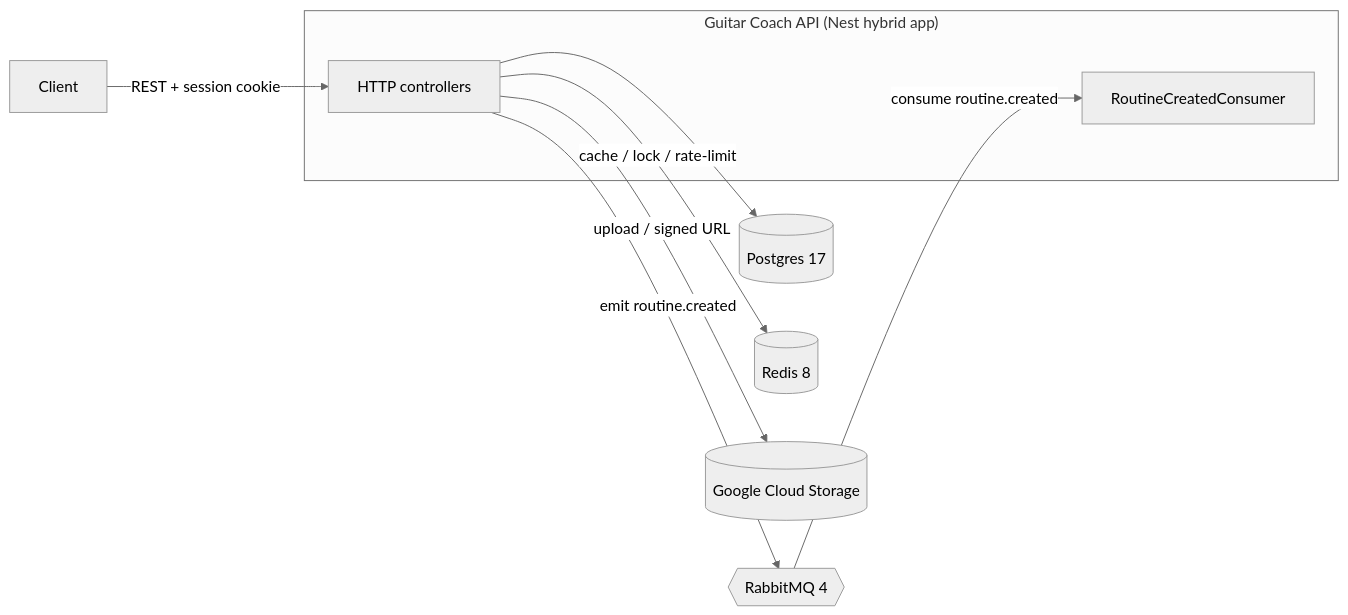
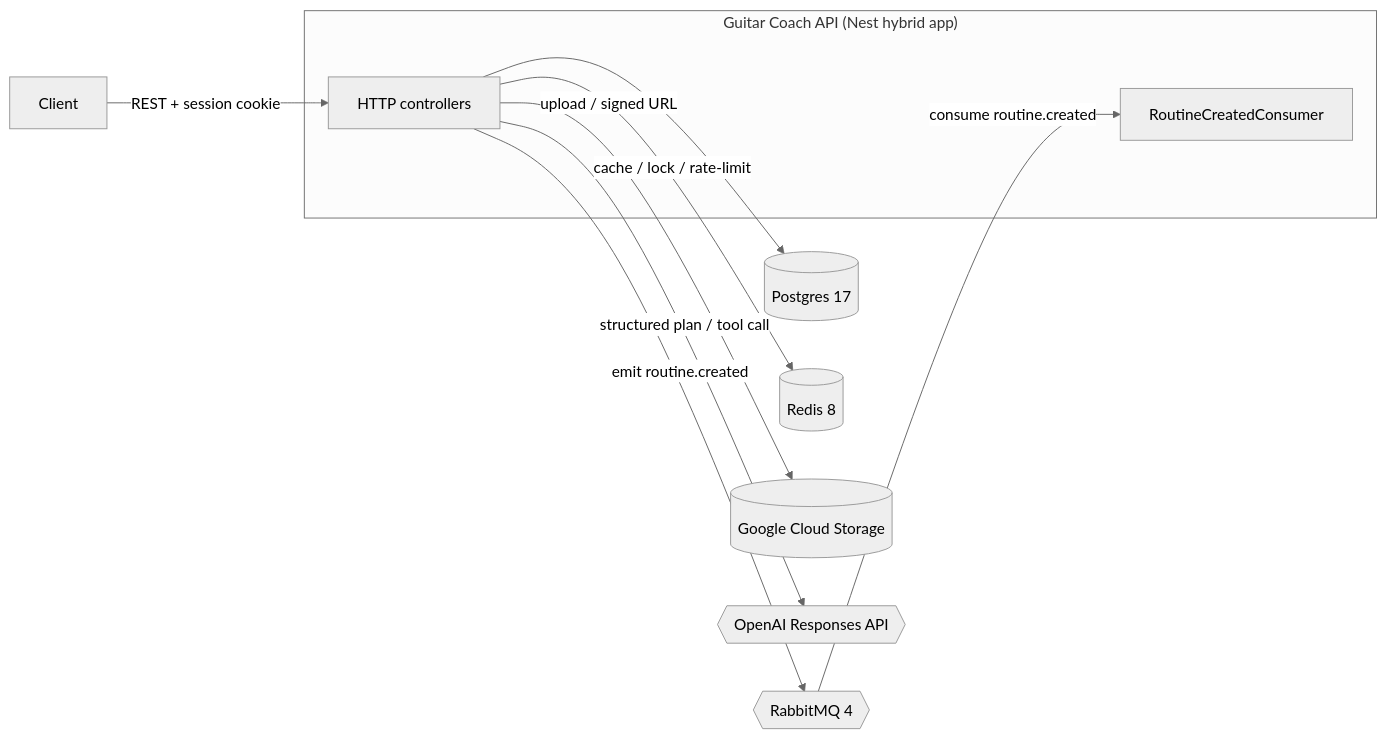
The first of 2 diagrams in README.md (alecoelhodev/guitarcoach), drawn with Mermaid (neutral theme) before and after one commit. The commit also changed other lines of this file and 2 other files, not shown here.

Commit message:
feat: extend AI Practice Planner with create_calendar_event tool for Google Calendar integration

````diff
--- a/README.md
+++ b/README.md
@@ -31,16 +32,17 @@
 ```mermaid
 flowchart LR
     client[Client]
 
     subgraph api["Guitar Coach API (Nest hybrid app)"]
         http["HTTP controllers"]
         consumer["RoutineCreatedConsumer"]
     end
 
     client -->|"REST + session cookie"| http
     http --> postgres[("Postgres 17")]
     http -->|"cache / lock / rate-limit"| redis[("Redis 8")]
     http -->|"emit routine.created"| rabbitmq{{"RabbitMQ 4"}}
     rabbitmq -->|"consume routine.created"| consumer
     http -->|"upload / signed URL"| gcs[("Google Cloud Storage")]
+    http -->|"structured plan / tool call"| openai{{"OpenAI Responses API"}}
 ```
````
